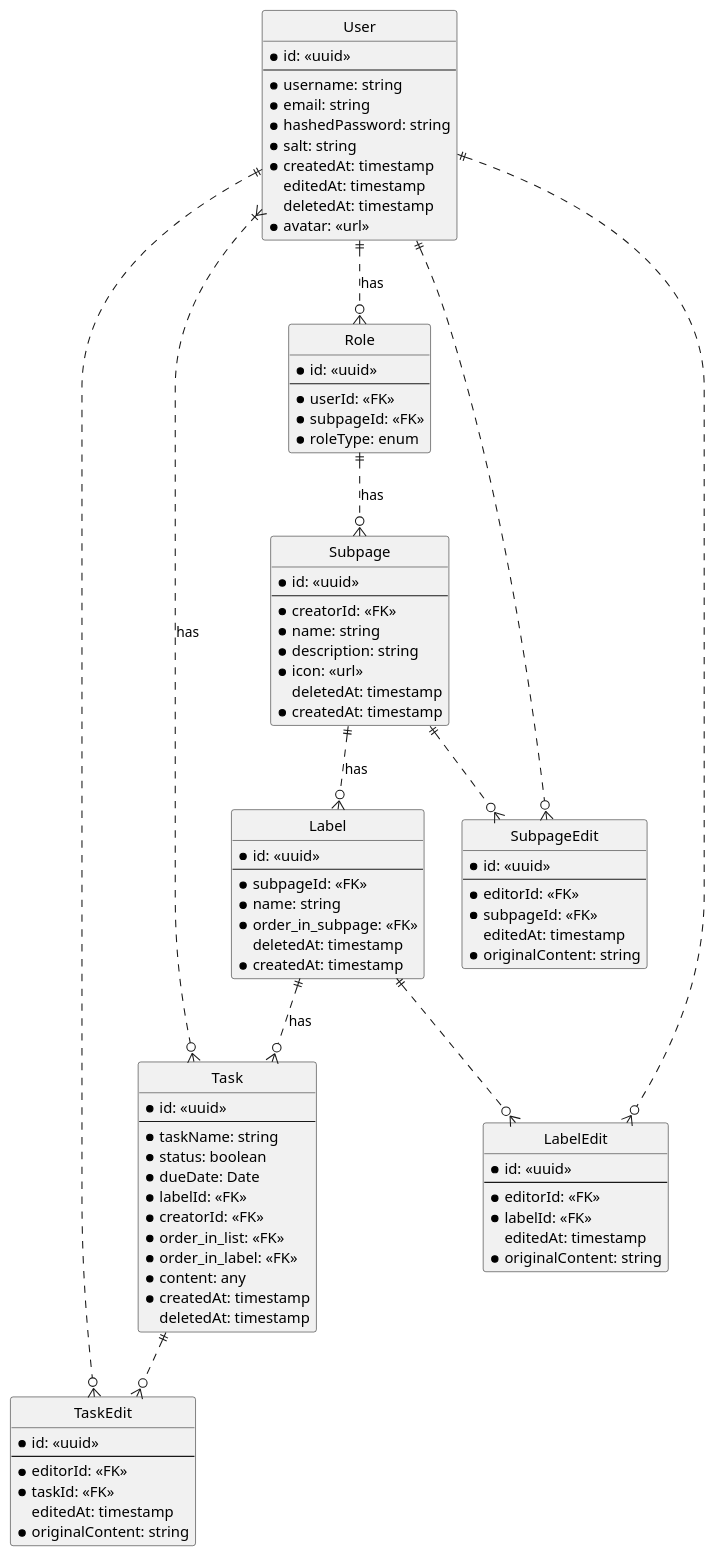
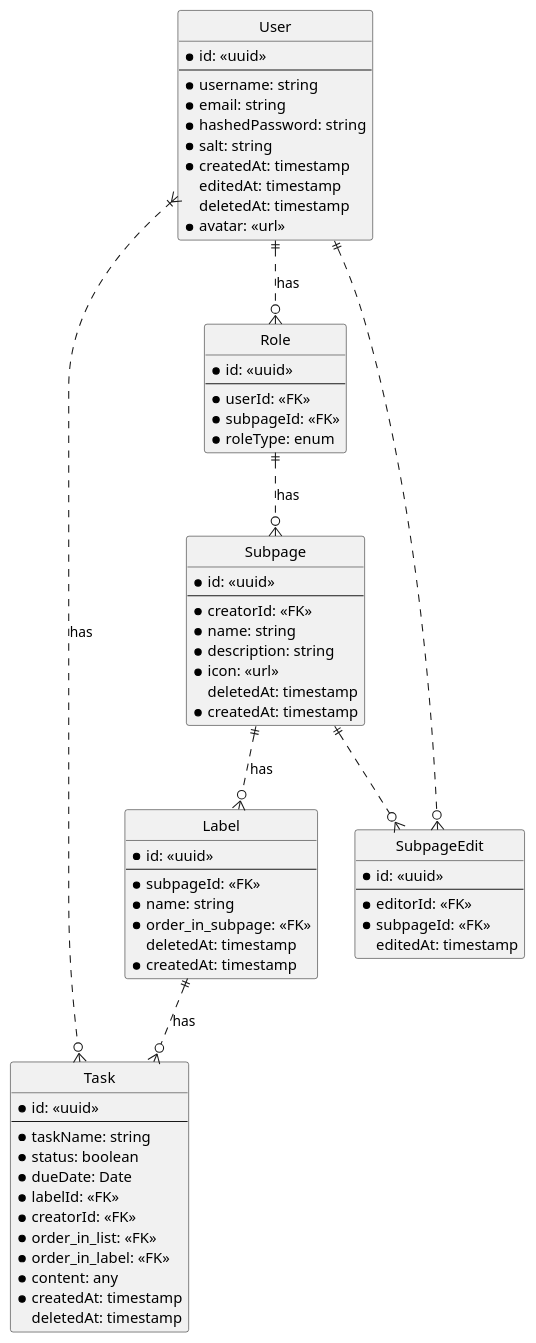
The diagram in diagrams/nushn.puml (allneu/pb138-project-nushn), drawn with PlantUML before and after one commit.

Commit message:
feat: removed taskEdit, labelEdit

```diff
--- a/diagrams/nushn.puml
+++ b/diagrams/nushn.puml
@@ -1,113 +1,107 @@
 @startuml nushn
 
 hide circle
 
 entity User {
     * id: <<uuid>>
     ---
     * username: string
     * email: string
     * hashedPassword: string
     * salt: string
     * createdAt: timestamp
     editedAt: timestamp
     deletedAt: timestamp
     * avatar: <<url>>
 }
 
 entity Subpage {
     *id: <<uuid>>
     ---
     * creatorId: <<FK>>
     * name: string
     * description: string
     * icon: <<url>>
     deletedAt: timestamp
     * createdAt: timestamp
 }
 
 entity Label {
     *id: <<uuid>>
     ---
     * subpageId: <<FK>>
     * name: string
     * order_in_subpage: <<FK>>
     deletedAt: timestamp
     * createdAt: timestamp
 }
 
 entity Role {
     * id: <<uuid>>
     ---
     * userId: <<FK>>
     * subpageId: <<FK>>
     * roleType: enum
 }
 
 entity Task {
     * id: <<uuid>>
     ---
     * taskName: string
     * status: boolean
     * dueDate: Date
     * labelId: <<FK>>
     * creatorId: <<FK>>
     * order_in_list: <<FK>>
     * order_in_label: <<FK>>
     * content: any
     * createdAt: timestamp
     deletedAt: timestamp
 }
 
-entity TaskEdit {
-    * id: <<uuid>>
-    ---
-    * editorId: <<FK>>
-    * taskId: <<FK>>
-    editedAt: timestamp
-    * originalContent: string
-}
-entity LabelEdit {
-    * id: <<uuid>>
-    ---
-    * editorId: <<FK>>
-    * labelId: <<FK>>
-    editedAt: timestamp
-    * originalContent: string
-}
+' entity TaskEdit {
+'     * id: <<uuid>>
+'     ---
+'     * editorId: <<FK>>
+'     * taskId: <<FK>>
+'     editedAt: timestamp
+'     * originalContent: string
+' }
+' entity LabelEdit {
+'     * id: <<uuid>>
+'     ---
+'     * editorId: <<FK>>
+'     * labelId: <<FK>>
+'     editedAt: timestamp
+'     * originalContent: string
+' }
 entity SubpageEdit {
     * id: <<uuid>>
     ---
     * editorId: <<FK>>
     * subpageId: <<FK>>
     editedAt: timestamp
-    * originalContent: string
 }
 
 ' Can add comments later
 ' 
 ' entity Comment {
 '     * id: <<uuid>>
 '     ---
 '     * taskId: <<FK>>
 '     * commenterId: <<FK>>
 '     * createdAt: timestamp
 '     deletedAt: timestamp
 '     editedAt: timestamp   
 ' }
 
 User }|..o{ Task : has
 Subpage ||..o{ Label : has
 Label ||..o{ Task : has
-Task ||..o{ TaskEdit
-User ||..o{ TaskEdit
-
-Label ||..o{ LabelEdit
-User ||..o{ LabelEdit
 
 Subpage ||..o{ SubpageEdit
 User ||..o{ SubpageEdit
 
 User ||..o{ Role : has
 Role ||..o{ Subpage : has
 @enduml
```
